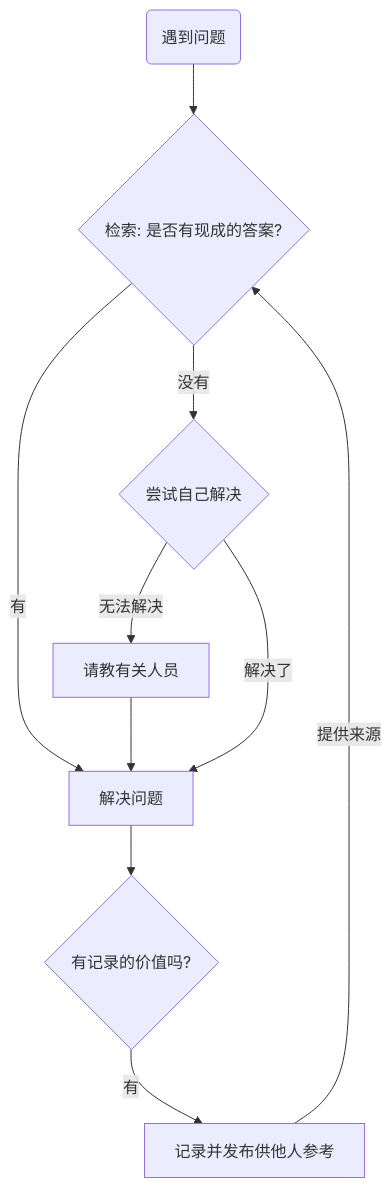
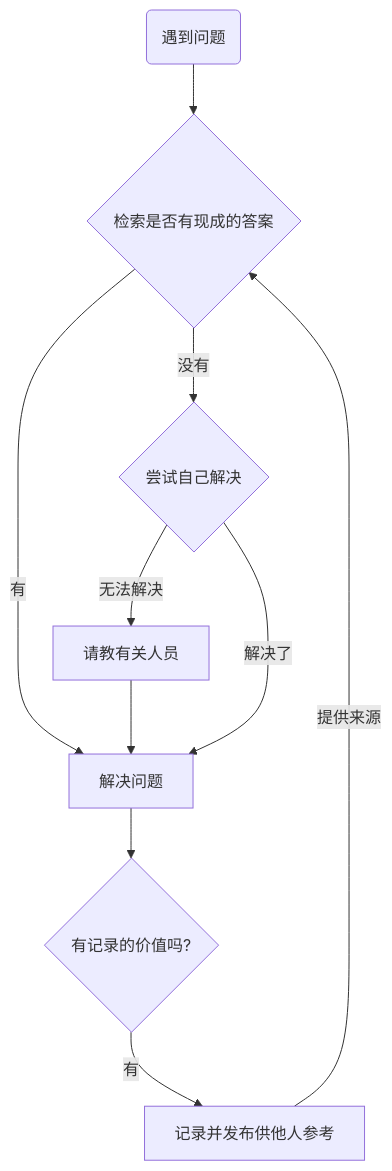
Before and after one commit to smu-guigu/smu-guigu.github.io: the diagram in docs/post/how-to-solve-problem.md, drawn with Mermaid. The commit also changed other lines of this file and 24 other files, not shown here.

````diff
--- a/docs/post/how-to-solve-problem.md
+++ b/docs/post/how-to-solve-problem.md
@@ -9,11 +9,11 @@
-  ```mermaid
-  graph TD
-  A(遇到问题)-->B{检索: 是否有现成的答案?}
+```mermaid
+graph TD
+  A(遇到问题)-->B{检索是否有现成的答案}
   B-->|有|Q[解决问题]
   B-->|没有| C{尝试自己解决}
   C-->|无法解决|D[请教有关人员]-->Q
   C-->|解决了|Q
   Q-->E{有记录的价值吗?}
   E-->|有| F[记录并发布供他人参考]
   F-->|提供来源|B
-  ```
+```
````
